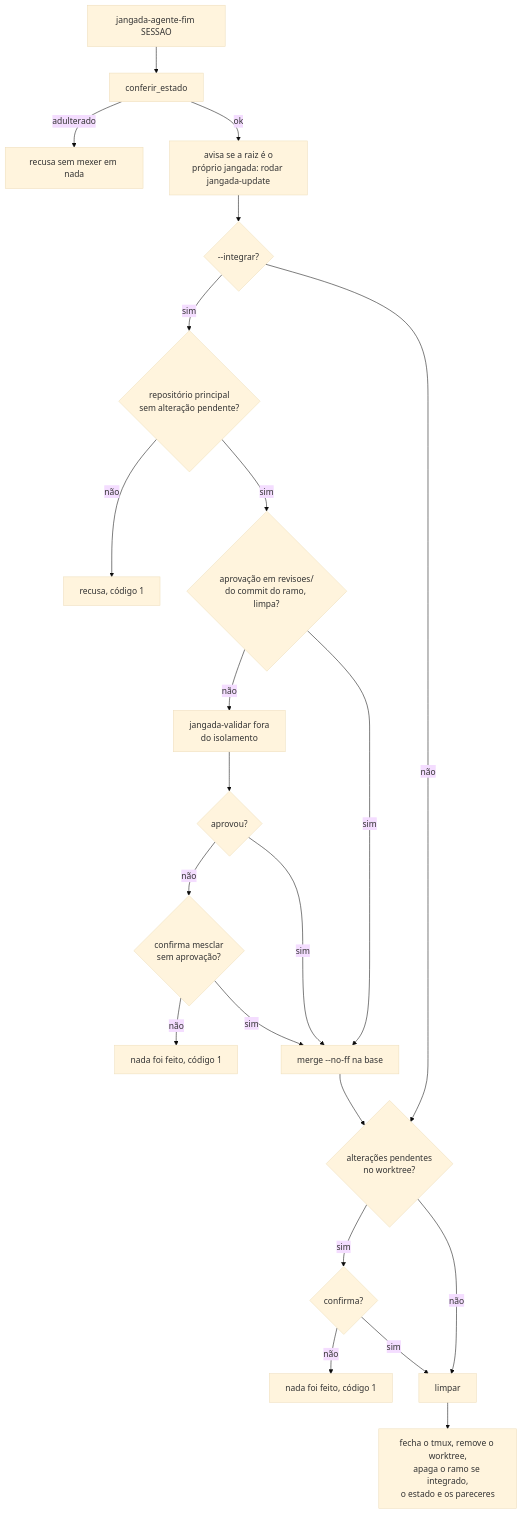
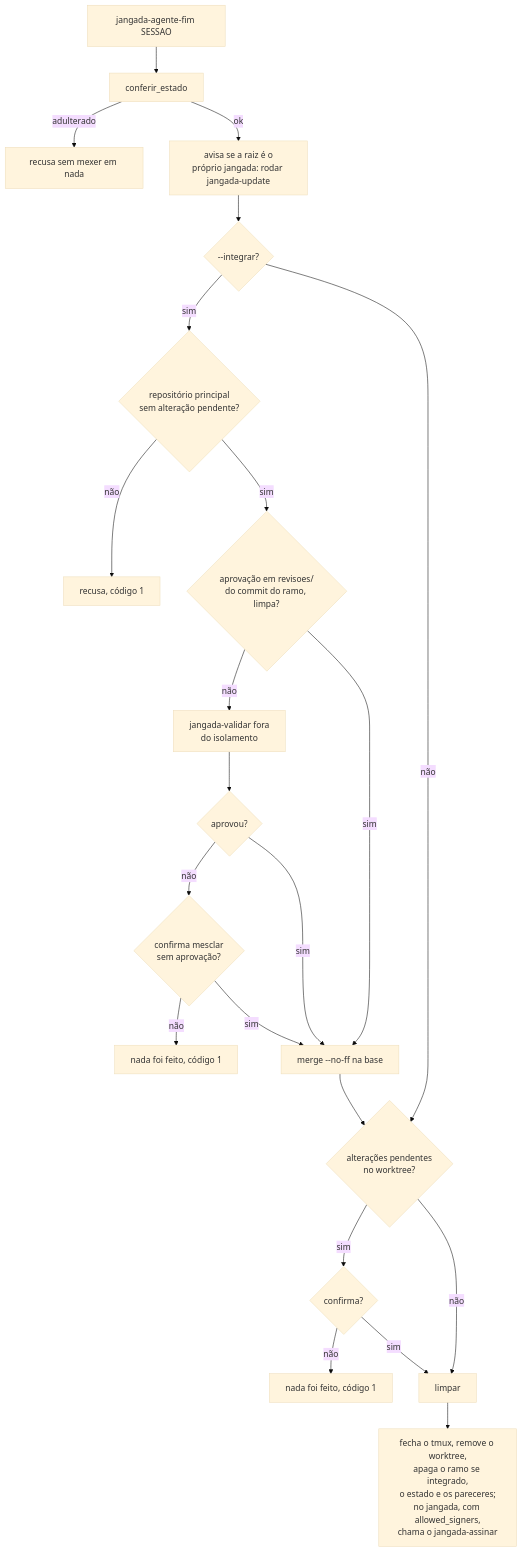
Before and after one commit to felipintoslv/jangada: the fourth of 4 diagrams in docs/ciclo-da-tarefa.md, drawn with Mermaid (base theme). The commit also changed 6 other files, not shown here.

First line of the commit message:
feat(agente-fim): integração no jangada chama o jangada-assinar

````diff
--- a/docs/ciclo-da-tarefa.md
+++ b/docs/ciclo-da-tarefa.md
@@ -168,24 +168,24 @@
 ```mermaid
 flowchart TD
     A[jangada-agente-fim SESSAO] --> B[conferir_estado]
     B -- adulterado --> X[recusa sem mexer em nada]
     B -- ok --> C[avisa se a raiz é o<br>próprio jangada: rodar jangada-update]
     C --> D{--integrar?}
     D -- sim --> E{repositório principal<br>sem alteração pendente?}
     E -- não --> X2[recusa, código 1]
     E -- sim --> R{aprovação em revisoes/<br>do commit do ramo, limpa?}
     R -- não --> V[jangada-validar fora<br>do isolamento]
     V --> Q{aprovou?}
     Q -- não --> C2{confirma mesclar<br>sem aprovação?}
     C2 -- não --> X4[nada foi feito, código 1]
     C2 -- sim --> F
     Q -- sim --> F
     R -- sim --> F[merge --no-ff na base]
     F --> G
     D -- não --> G{alterações pendentes<br>no worktree?}
     G -- sim --> H{confirma?}
     H -- não --> X3[nada foi feito, código 1]
     H -- sim --> I
     G -- não --> I[limpar]
-    I --> J[fecha o tmux, remove o worktree,<br>apaga o ramo se integrado,<br>o estado e os pareceres]
+    I --> J[fecha o tmux, remove o worktree,<br>apaga o ramo se integrado,<br>o estado e os pareceres;<br>no jangada, com allowed_signers,<br>chama o jangada-assinar]
 ```
````
